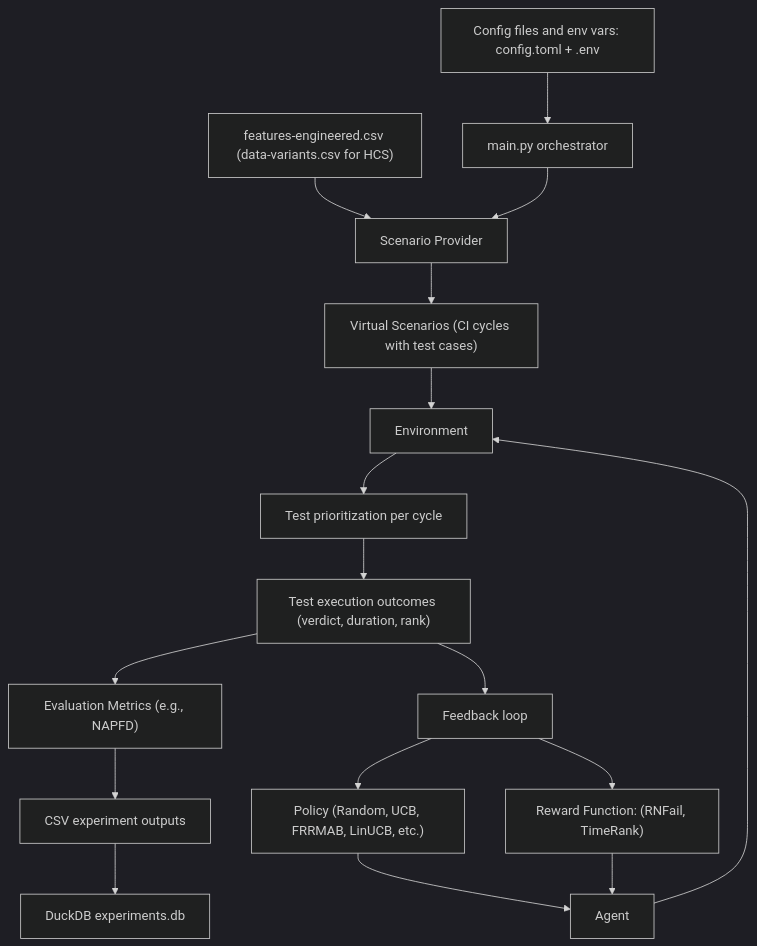
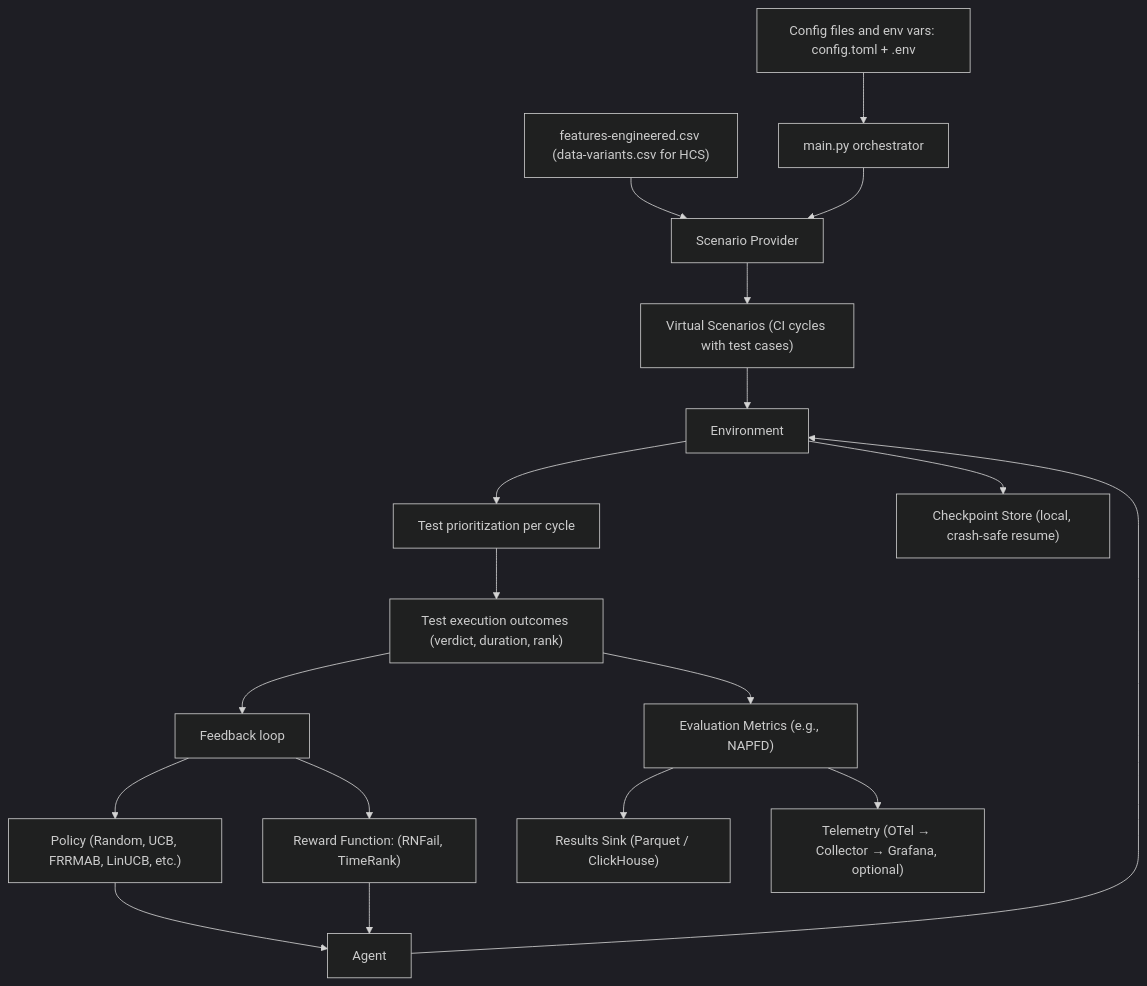
One commit to jacksonpradolima/coleman4hcs changed the diagram in README.md. Above: the diagram before and after it, drawn with Mermaid (dark theme). The commit also changed other lines of this file and 6 other files, not shown here.

````diff
--- a/README.md
+++ b/README.md
@@ -219,23 +423,25 @@
 ```mermaid
 flowchart TD
     A[Config files and env vars: config.toml + .env] --> B[main.py orchestrator]
     C["features-engineered.csv (data-variants.csv for HCS)"] --> D[Scenario Provider]
     B --> D
 
     D --> E["Virtual Scenarios (CI cycles with test cases)"]
     E --> F[Environment]
 
     G["Policy (Random, UCB, FRRMAB, LinUCB, etc.)"] --> H[Agent]
     I["Reward Function: (RNFail, TimeRank)"] --> H
     H --> F
 
     F --> J[Test prioritization per cycle]
     J --> K["Test execution outcomes (verdict, duration, rank)"]
     K --> L["Evaluation Metrics (e.g., NAPFD)"]
-    L --> M[CSV experiment outputs]
-    M --> N[DuckDB experiments.db]
+    L --> M["Results Sink (Parquet / ClickHouse)"]
+    L --> P["Telemetry (OTel → Collector → Grafana, optional)"]
+
+    F --> Q["Checkpoint Store (local, crash-safe resume)"]
 
     K --> O[Feedback loop]
     O --> I
     O --> G
 ```
````
